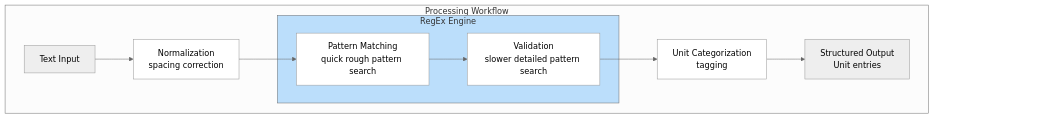
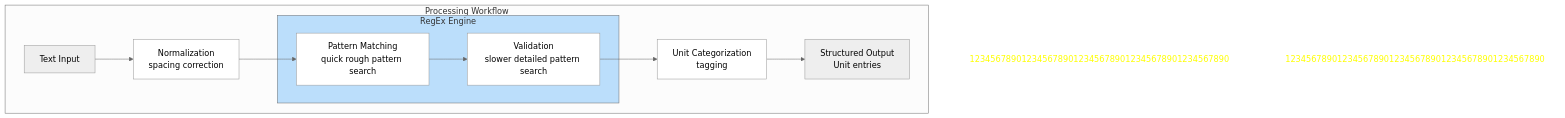
The diagram in seanox_ai_nlp/units/README.md (seanox/seanox-ai-nlp), drawn with Mermaid before and after one commit. The commit also changed other lines of this file, not shown here.

Commit message:
#0000 Documentation: Update of content

````diff
--- a/seanox_ai_nlp/units/README.md
+++ b/seanox_ai_nlp/units/README.md
@@ -709,29 +705,31 @@
 ```mermaid
 ---
 config:
   theme: neutral
 ---
 flowchart TD
+    R["12345678901234567890123456789012345678901234567890"]
     subgraph subGraphWorkflow["Processing Workflow"]
         A["Text Input"]
         B["Normalization<br/>spacing correction"]
         subgraph subGraphRegExEngine["RegEx Engine"]
             C["Pattern Matching<br/>quick rough pattern search"]
             D["Validation<br/>slower detailed pattern search"]
         end
         E["Unit Categorization<br/>tagging"]
         F["Structured Output<br>Unit entries"]
     end
+    L["12345678901234567890123456789012345678901234567890"]
     A --> B
     B --> C
     C --> D
     D --> E
     E --> F
     style subGraphRegExEngine fill:#BBDEFB  
     style B fill:#FFFFFF
     style C fill:#FFFFFF
     style D fill:#FFFFFF
     style E fill:#FFFFFF
-    style L fill:#FFFFFF,stroke:#FFFFFF,stroke-width:0px,color:#FFFFFF
-    style R fill:#FFFFFF,stroke:#FFFFFF,stroke-width:0px,color:#FFFFFF
+    style L fill:#FFFFFF,stroke:#FFFFFF,stroke-width:0px,color:#FFFF00
+    style R fill:#FFFFFF,stroke:#FFFFFF,stroke-width:0px,color:#FFFF00
 ```
````
